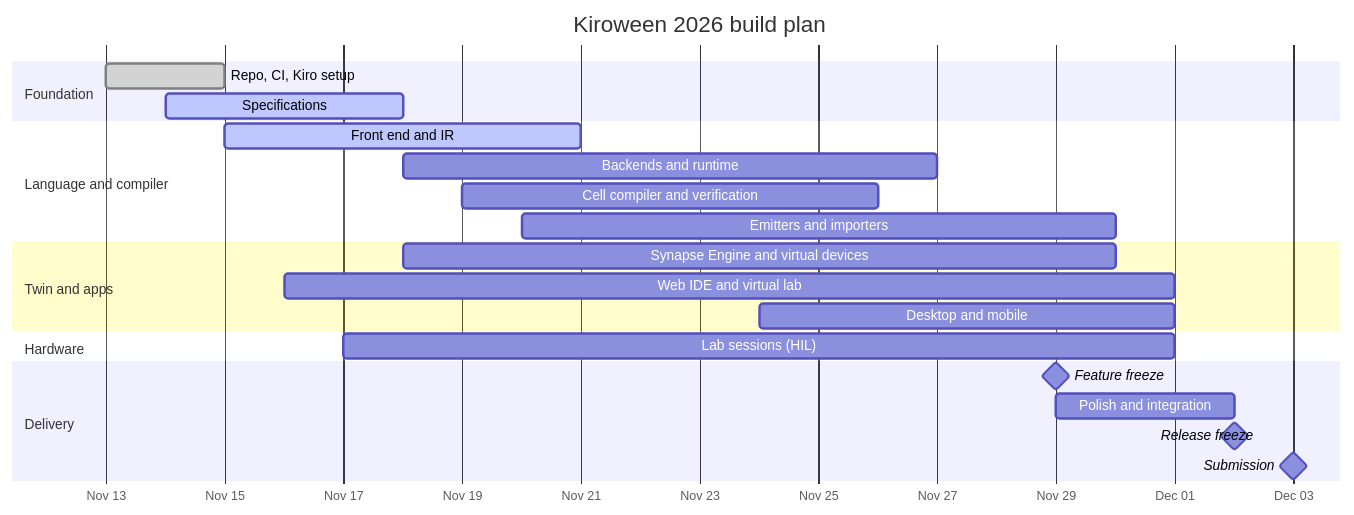
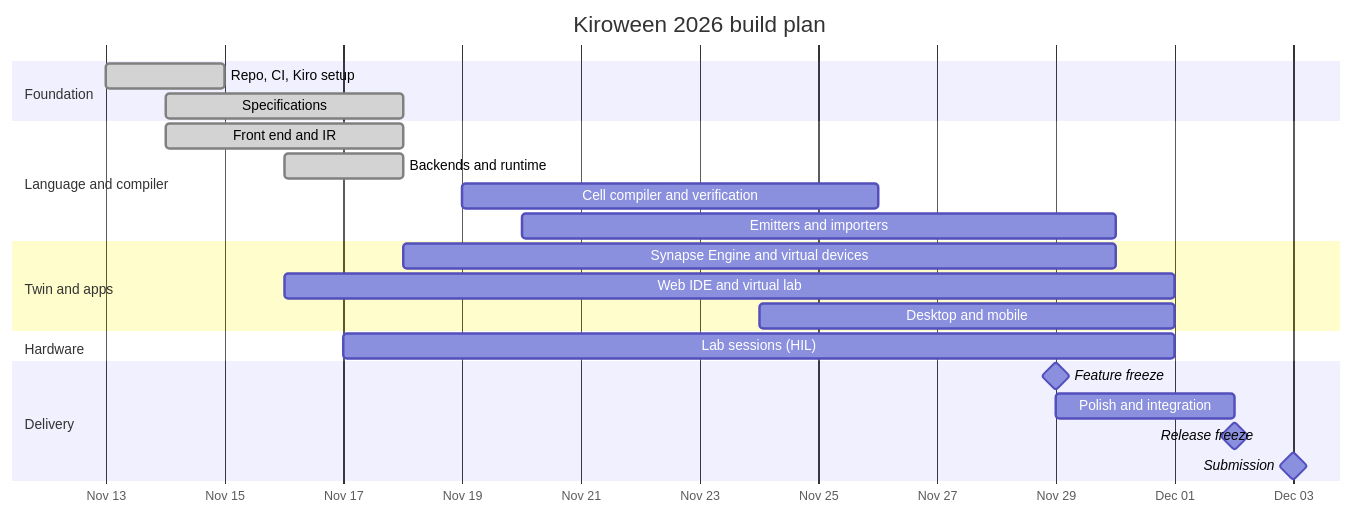
The sixth of 6 diagrams in README.md (HCHAPS404/Synapse-Studio), drawn with Mermaid before and after one commit. The commit also changed other lines of this file and 98 other files, not shown here.

````diff
--- a/README.md
+++ b/README.md
@@ -589,25 +822,25 @@
 ```mermaid
 gantt
   title Kiroween 2026 build plan
   dateFormat YYYY-MM-DD
   axisFormat %b %d
   section Foundation
   Repo, CI, Kiro setup            :done,   f0, 2026-11-13, 2d
-  Specifications                  :active, f1, 2026-11-14, 4d
+  Specifications                  :done,   f1, 2026-11-14, 4d
   section Language and compiler
-  Front end and IR                :active, f2, 2026-11-15, 6d
-  Backends and runtime            :        f4, 2026-11-18, 9d
+  Front end and IR                :done,   f2, 2026-11-14, 4d
+  Backends and runtime            :done,   f4, 2026-11-16, 2d
   Cell compiler and verification  :        f6, 2026-11-19, 7d
   Emitters and importers          :        f7, 2026-11-20, 10d
   section Twin and apps
   Synapse Engine and virtual devices :     f11, 2026-11-18, 12d
   Web IDE and virtual lab         :        f12, 2026-11-16, 15d
   Desktop and mobile              :        f14, 2026-11-24, 7d
   section Hardware
   Lab sessions (HIL)              :        f10, 2026-11-17, 14d
   section Delivery
   Feature freeze                  :milestone, 2026-11-29, 0d
   Polish and integration          :        f17, 2026-11-29, 3d
   Release freeze                  :milestone, 2026-12-02, 0d
   Submission                      :milestone, 2026-12-03, 0d
 ```
````
